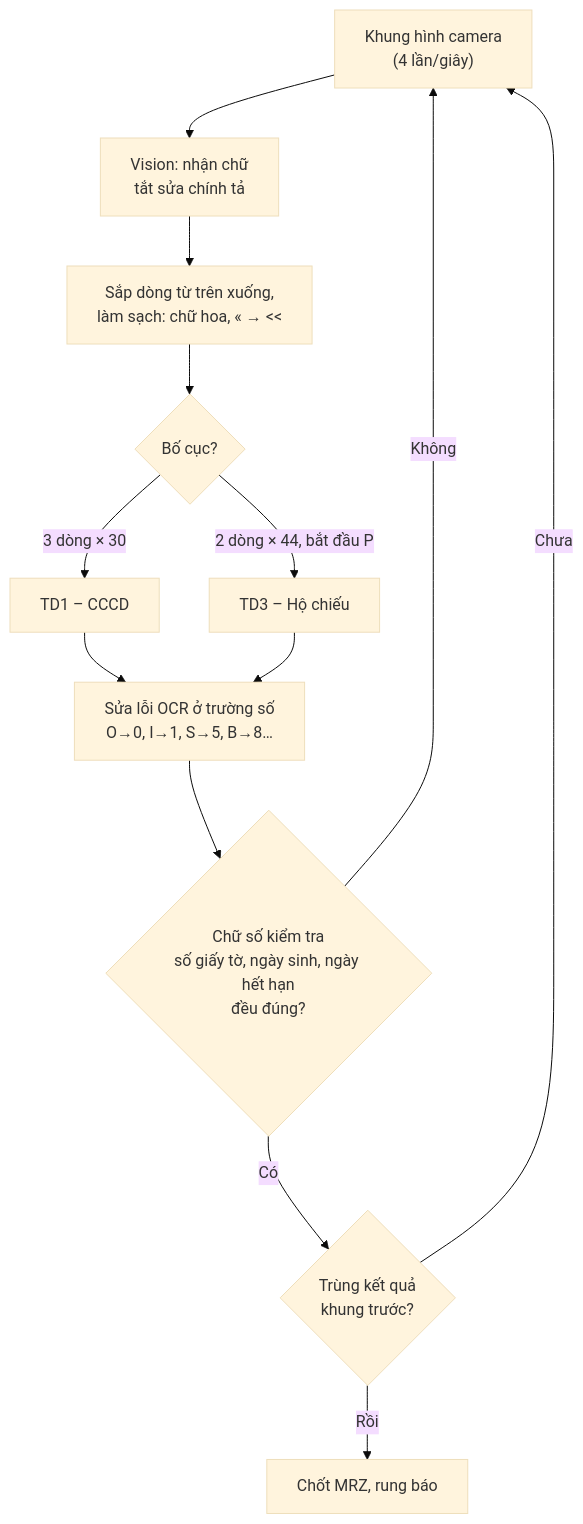
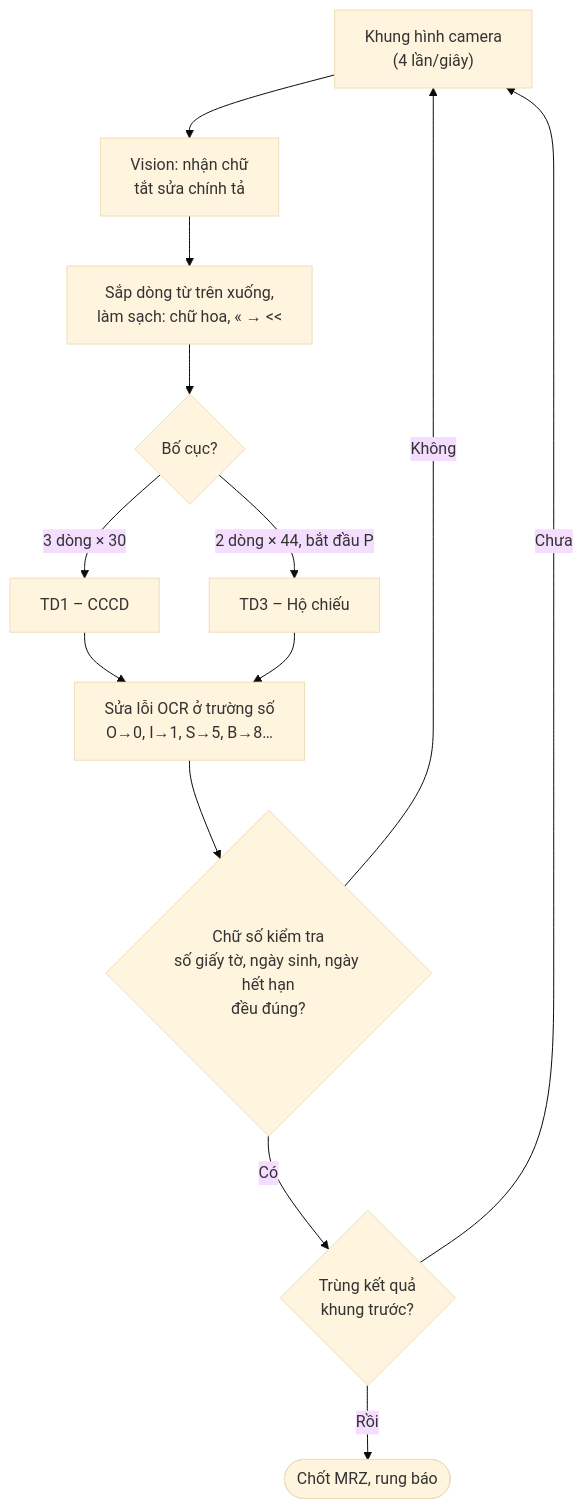
The second of 4 diagrams in docs/01-ekyc/1.3-ui/A02-ios-document-scan.md (handao2303/aegis-ekyc-ui), drawn with Mermaid (base theme) before and after one commit. The commit also changed 54 other files, not shown here.

Commit message:
Full doc review: acceptance criteria for REQ-LIM-01..26, REQ-REC-21..24; header metadata (status, standard, version) completed on 24 docs; C03, Q01 approval; A03 API numbering note; start/end terminals on 10 process flowcharts; diagrams re-rendered

````diff
--- a/docs/01-ekyc/1.3-ui/A02-ios-document-scan.md
+++ b/docs/01-ekyc/1.3-ui/A02-ios-document-scan.md
@@ -34,15 +34,15 @@
 ```mermaid
 flowchart TD
     F["Khung hình camera<br/>(4 lần/giây)"] --> V["Vision: nhận chữ<br/>tắt sửa chính tả"]
     V --> L["Sắp dòng từ trên xuống,<br/>làm sạch: chữ hoa, « → <<"]
     L --> T{"Bố cục?"}
     T -- "3 dòng × 30" --> TD1["TD1 – CCCD"]
     T -- "2 dòng × 44, bắt đầu P" --> TD3["TD3 – Hộ chiếu"]
     TD1 --> FIX["Sửa lỗi OCR ở trường số<br/>O→0, I→1, S→5, B→8…"]
     TD3 --> FIX
     FIX --> CK{"Chữ số kiểm tra<br/>số giấy tờ, ngày sinh, ngày hết hạn<br/>đều đúng?"}
     CK -- "Không" --> F
     CK -- "Có" --> ST{"Trùng kết quả<br/>khung trước?"}
     ST -- "Chưa" --> F
-    ST -- "Rồi" --> OK["Chốt MRZ, rung báo"]
+    ST -- "Rồi" --> OK(["Chốt MRZ, rung báo"])
 ```
````
